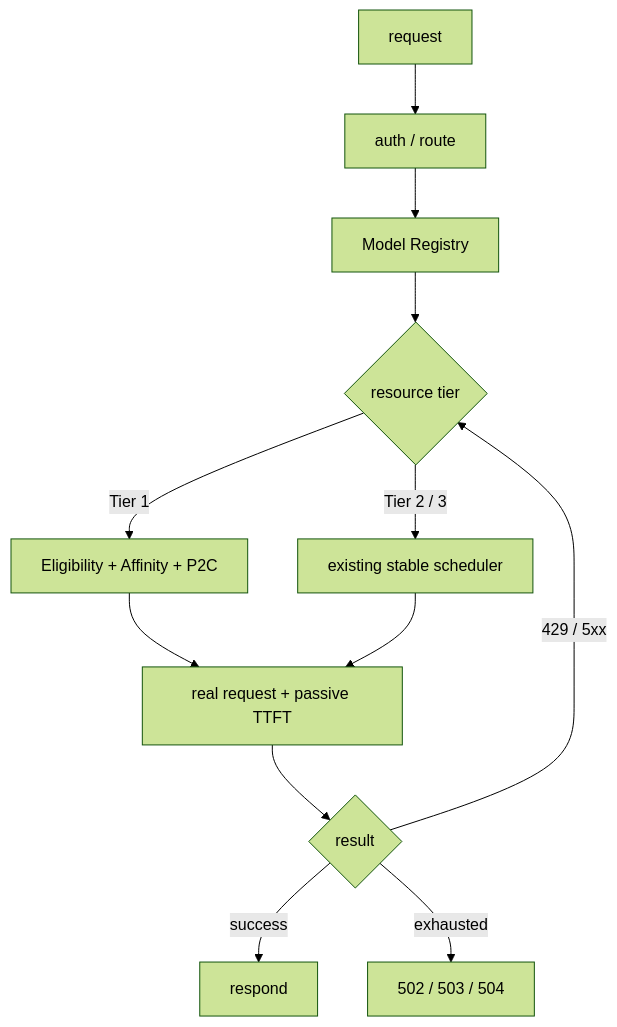
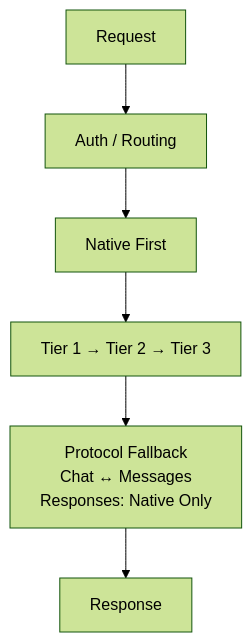
Before and after one commit to fongap/ai-gateway: the diagram in README_EN.md, drawn with Mermaid (forest theme). The commit also changed other lines of this file, not shown here.

````diff
--- a/README_EN.md
+++ b/README_EN.md
@@ -21,14 +13,8 @@
 ```mermaid
 flowchart TB
-    A[request] --> B[auth / route]
-    B --> C[Model Registry]
-    C --> D{resource tier}
-    D -- Tier 1 --> E[Eligibility + Affinity + P2C]
-    D -- Tier 2 / 3 --> F[existing stable scheduler]
-    E --> G[real request + passive TTFT]
-    F --> G
-    G --> H{result}
-    H -- success --> I[respond]
-    H -- 429 / 5xx --> D
-    H -- exhausted --> J[502 / 503 / 504]
+    A[Request] --> B[Auth / Routing]
+    B --> C[Native First]
+    C --> D[Tier 1 → Tier 2 → Tier 3]
+    D --> E["Protocol Fallback<br/>Chat ↔ Messages<br/>Responses: Native Only"]
+    E --> F[Response]
 ```
````
